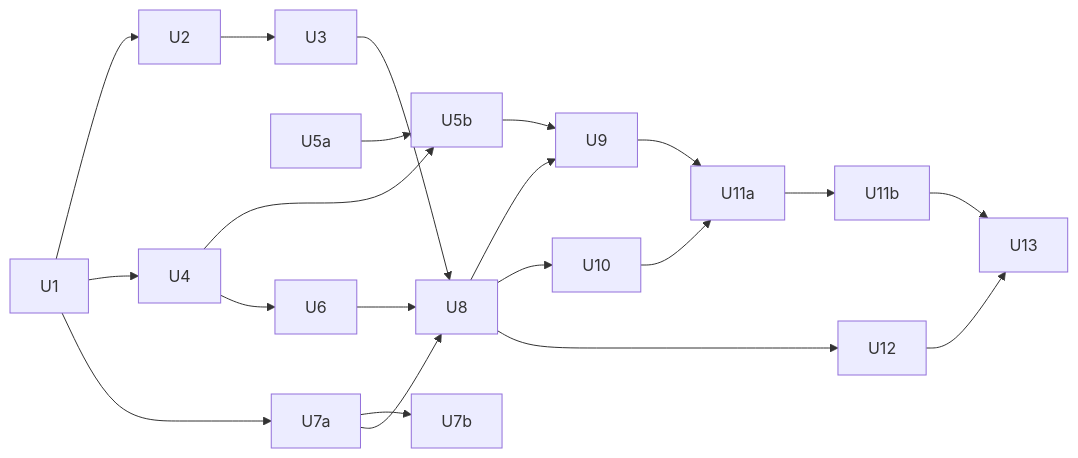
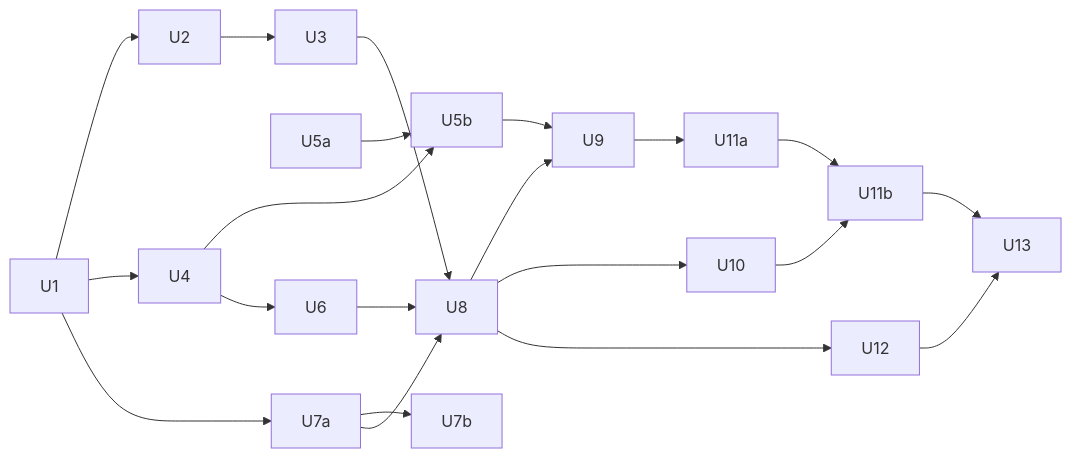
One commit to devbasex/ai-plugins changed the diagram in issues/issue-3604-3864-plan.md. Above: the diagram before and after it, drawn with Mermaid. The commit also changed other lines of this file and 7 other files, not shown here.

````diff
--- a/issues/issue-3604-3864-plan.md
+++ b/issues/issue-3604-3864-plan.md
@@ -232,19 +232,19 @@
 ```mermaid
 flowchart LR
   U1 --> U2 --> U3
   U1 --> U4 --> U5b
   U5a --> U5b
   U4 --> U6
   U1 --> U7a --> U7b
   U3 --> U8
   U6 --> U8
   U7a --> U8
   U8 --> U9
   U5b --> U9
   U8 --> U10
   U9 --> U11a --> U11b
-  U10 --> U11a
+  U10 --> U11b
   U8 --> U12
   U11b --> U13
   U12 --> U13
 ```
````
